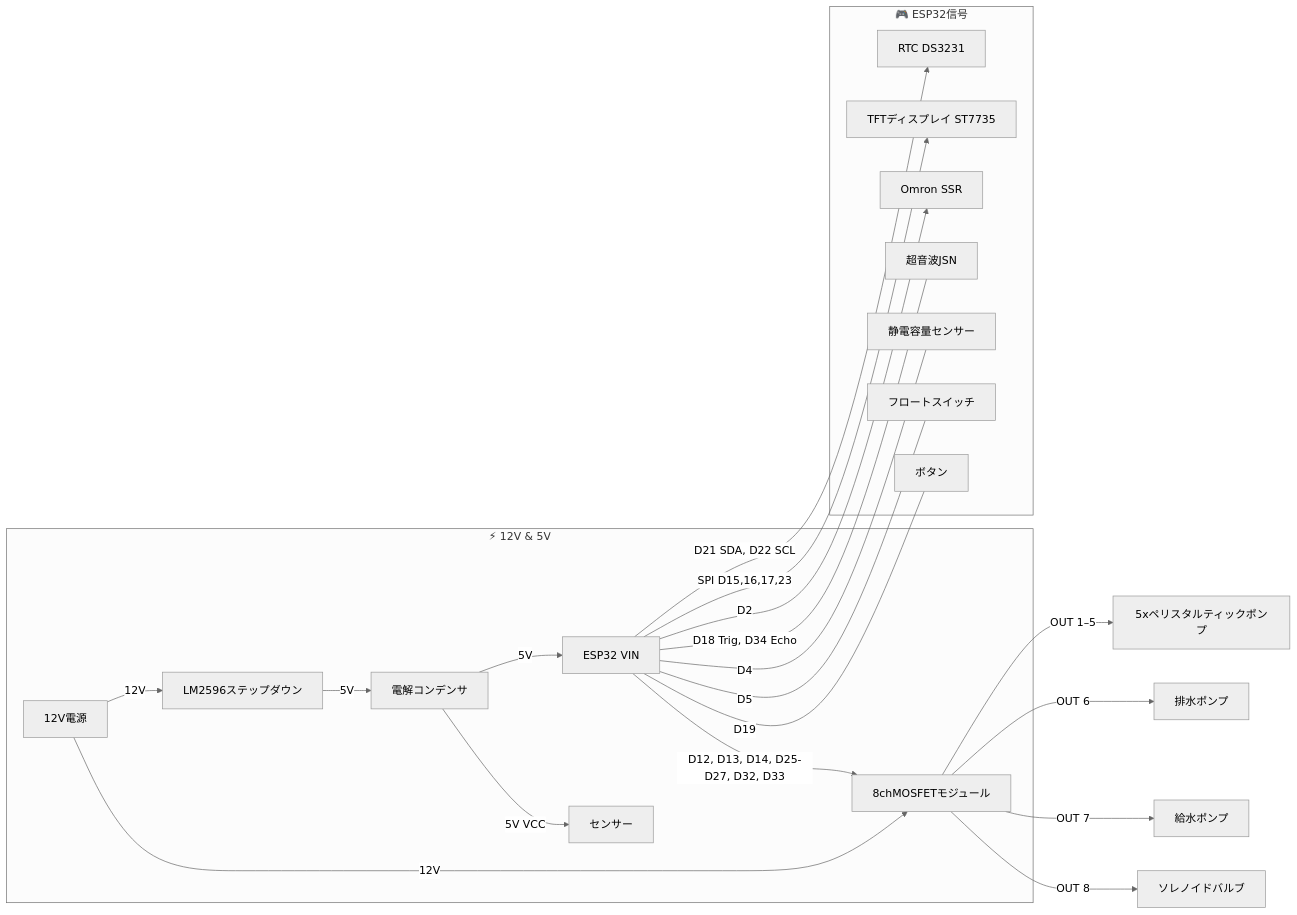
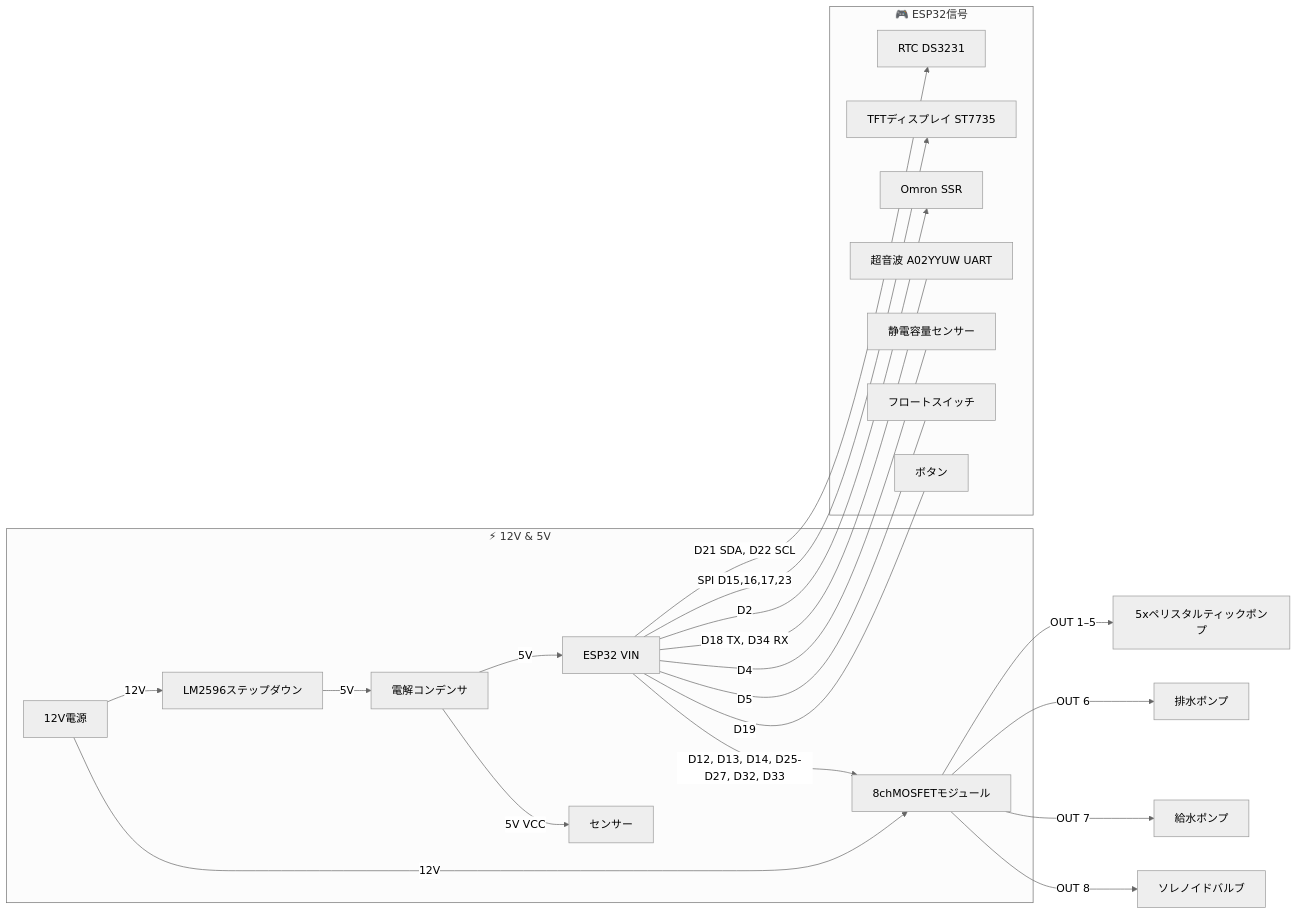
Before and after one commit to PhilipeGatis/IARA: the second of 2 diagrams in README.ja.md, drawn with Mermaid (neutral theme). The commit also changed other lines of this file and 3 other files, not shown here.

Commit message:
docs(sensor): update documentation and float sensor logic for A02YYUW UART sensor

````diff
--- a/README.ja.md
+++ b/README.ja.md
@@ -112,26 +112,26 @@
 ```mermaid
 graph LR
   subgraph Power [⚡ 12V & 5V]
     PSU[12V電源] -->|12V| MOSFET[8chMOSFETモジュール]
     PSU -->|12V| LM2596[LM2596ステップダウン]
     LM2596 -->|5V| Cap[電解コンデンサ]
     Cap -->|5V| ESP32[ESP32 VIN]
     Cap -->|5V VCC| SENS[センサー]
   end
 
   subgraph Signals [🎮 ESP32信号]
     ESP32 -->|D21 SDA, D22 SCL| I2C[RTC DS3231]
     ESP32 -->|SPI D15,16,17,23| TFT[TFTディスプレイ ST7735]
     ESP32 -->|D12, D13, D14, D25-D27, D32, D33| MOSFET
     ESP32 -->|D2| SSR[Omron SSR]
-    ESP32 ---|D18 Trig, D34 Echo| Ultra[超音波JSN]
+    ESP32 ---|D18 TX, D34 RX| Ultra[超音波 A02YYUW UART]
     ESP32 ---|D4| Water[静電容量センサー]
     ESP32 ---|D5| Float[フロートスイッチ]
     ESP32 ---|D19| Button[ボタン]
   end
 
   MOSFET -->|OUT 1–5| Peristaltic[5xペリスタルティックポンプ]
   MOSFET -->|OUT 6| Drain[排水ポンプ]
   MOSFET -->|OUT 7| Refill[給水ポンプ]
   MOSFET -->|OUT 8| Solenoid[ソレノイドバルブ]
 ```
````
